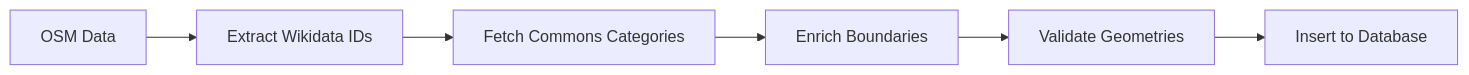
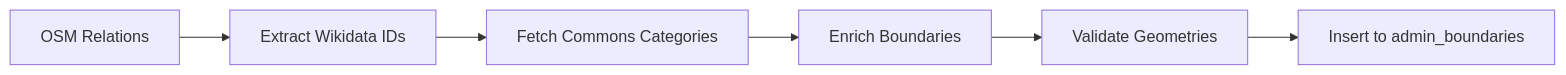
Before and after one commit to DaxServer/geocode-commons-categories: the diagram in docs/import/README.md, drawn with Mermaid. The commit also changed other lines of this file and 12 other files, not shown here.

````diff
--- a/docs/import/README.md
+++ b/docs/import/README.md
@@ -58,8 +68,8 @@
 ```mermaid
 graph LR
-    A[OSM Data] --> B[Extract Wikidata IDs]
+    A[OSM Relations] --> B[Extract Wikidata IDs]
     B --> C[Fetch Commons Categories]
     C --> D[Enrich Boundaries]
     D --> E[Validate Geometries]
-    E --> F[Insert to Database]
+    E --> F[Insert to admin_boundaries]
 ```
````
